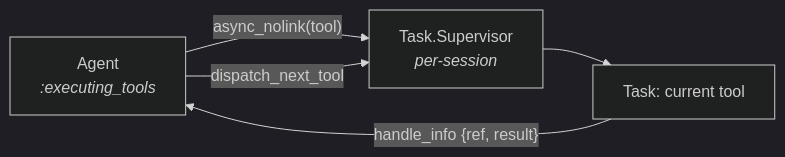
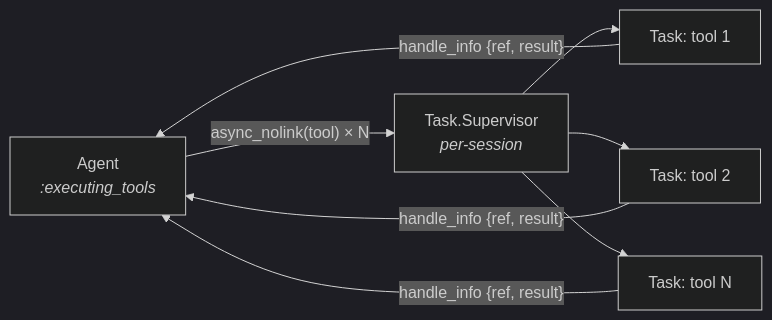
One commit to matteing/opal changed the eighth of 10 diagrams in docs/supervision.md. Above: the diagram before and after it, drawn with Mermaid (dark theme). The commit also changed other lines of this file and 6 other files, not shown here.

````diff
--- a/docs/supervision.md
+++ b/docs/supervision.md
@@ -269,7 +270,10 @@
 ```mermaid
 flowchart LR
-    Agent["Agent<br/><i>:executing_tools</i>"] -- "async_nolink(tool)" --> TaskSup["Task.Supervisor<br/><i>per-session</i>"]
-    TaskSup --> T1["Task: current tool"]
+    Agent["Agent<br/><i>:executing_tools</i>"] -- "async_nolink(tool) × N" --> TaskSup["Task.Supervisor<br/><i>per-session</i>"]
+    TaskSup --> T1["Task: tool 1"]
+    TaskSup --> T2["Task: tool 2"]
+    TaskSup --> TN["Task: tool N"]
     T1 -- "handle_info {ref, result}" --> Agent
-    Agent -- "dispatch_next_tool" --> TaskSup
+    T2 -- "handle_info {ref, result}" --> Agent
+    TN -- "handle_info {ref, result}" --> Agent
 ```
````
